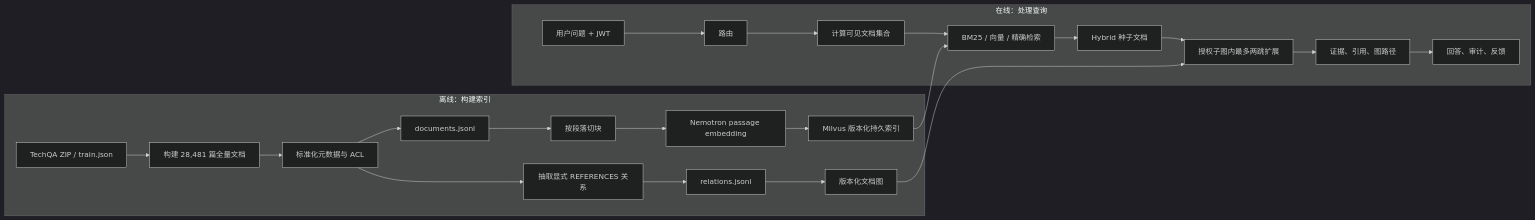
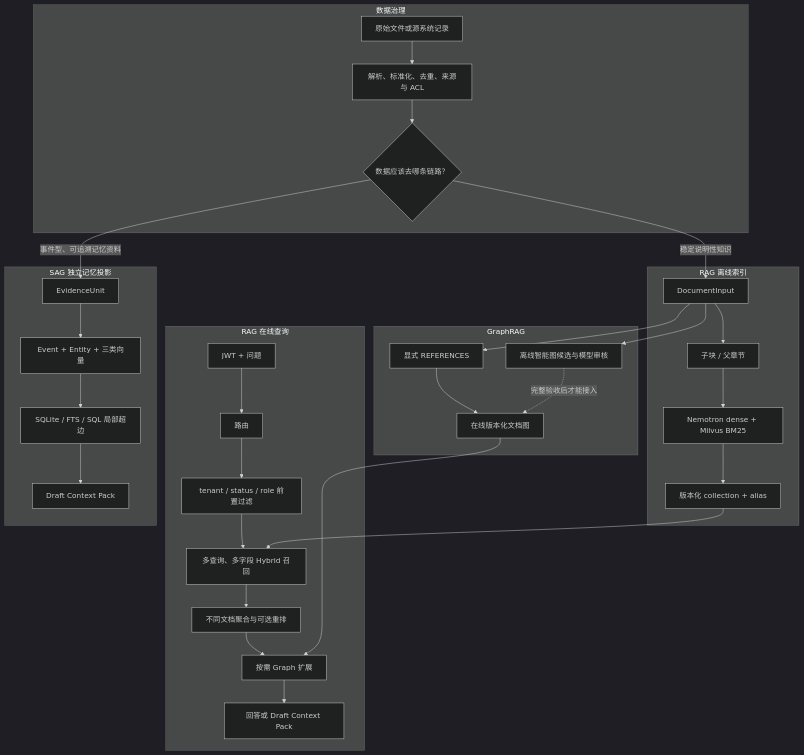
Before and after one commit to StagoMax/enterprise-rag-p1: the diagram in docs/06-端到端实现原理与教学.md, drawn with Mermaid (dark theme). The commit also changed other lines of this file and 2 other files, not shown here.

First line of the commit message:
docs: unify RAG, GraphRAG, and SAG technical guidance

````diff
--- a/docs/06-端到端实现原理与教学.md
+++ b/docs/06-端到端实现原理与教学.md
@@ -33,27 +30,40 @@
 ```mermaid
-flowchart LR
-    subgraph OFFLINE["离线：构建索引"]
-        A["TechQA ZIP / train.json"] --> B["构建 28,481 篇全量文档"]
-        B --> C["标准化元数据与 ACL"]
-        C --> D["documents.jsonl"]
-        C --> E["抽取显式 REFERENCES 关系"]
-        E --> F["relations.jsonl"]
-        D --> G["按段落切块"]
-        G --> H["Nemotron passage embedding"]
-        H --> I["Milvus 版本化持久索引"]
-        F --> J["版本化文档图"]
+flowchart TB
+    subgraph GOVERNANCE["数据治理"]
+        A["原始文件或源系统记录"] --> B["解析、标准化、去重、来源与 ACL"]
+        B --> C{"数据应该去哪条链路？"}
     end
 
-    subgraph ONLINE["在线：处理查询"]
-        Q["用户问题 + JWT"] --> R["路由"]
-        R --> ACL["计算可见文档集合"]
-        ACL --> K["BM25 / 向量 / 精确检索"]
-        K --> S["Hybrid 种子文档"]
-        S --> X["授权子图内最多两跳扩展"]
-        X --> O["证据、引用、图路径"]
-        O --> Z["回答、审计、反馈"]
+    subgraph RAGINDEX["RAG 离线索引"]
+        C -->|"稳定说明性知识"| D["DocumentInput"]
+        D --> E["子块 / 父章节"]
+        E --> F["Nemotron dense + Milvus BM25"]
+        F --> G["版本化 collection + alias"]
     end
 
-    I --> K
-    J --> X
+    subgraph GRAPH["GraphRAG"]
+        D --> H["显式 REFERENCES"]
+        D --> I["离线智能图候选与模型审核"]
+        H --> J["在线版本化文档图"]
+        I -. "完整验收后才能接入" .-> J
+    end
+
+    subgraph ONLINE["RAG 在线查询"]
+        Q["JWT + 问题"] --> R["路由"]
+        R --> S["tenant / status / role 前置过滤"]
+        S --> T["多查询、多字段 Hybrid 召回"]
+        T --> U["不同文档聚合与可选重排"]
+        U --> V["按需 Graph 扩展"]
+        V --> W["回答或 Draft Context Pack"]
+    end
+
+    subgraph SAG["SAG 独立记忆投影"]
+        C -->|"事件型、可追溯记忆资料"| M["EvidenceUnit"]
+        M --> N["Event + Entity + 三类向量"]
+        N --> O["SQLite / FTS / SQL 局部超边"]
+        O --> P["Draft Context Pack"]
+    end
+
+    G --> T
+    J --> V
 ```
````
